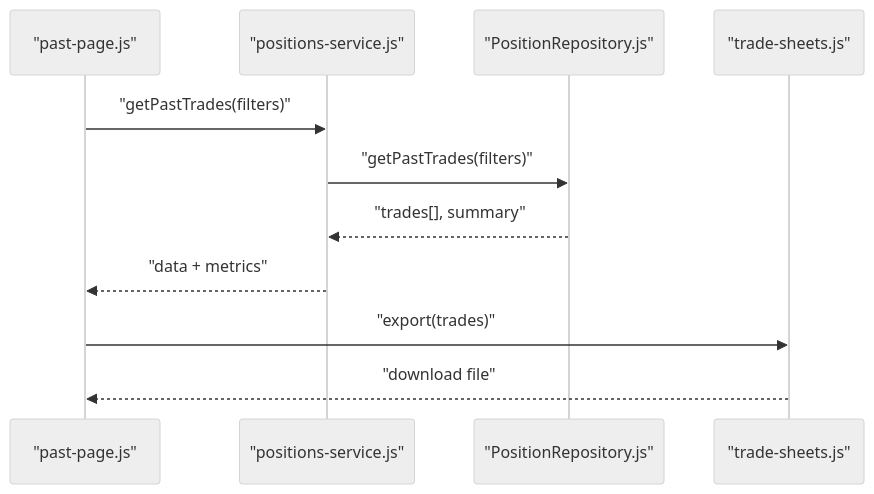
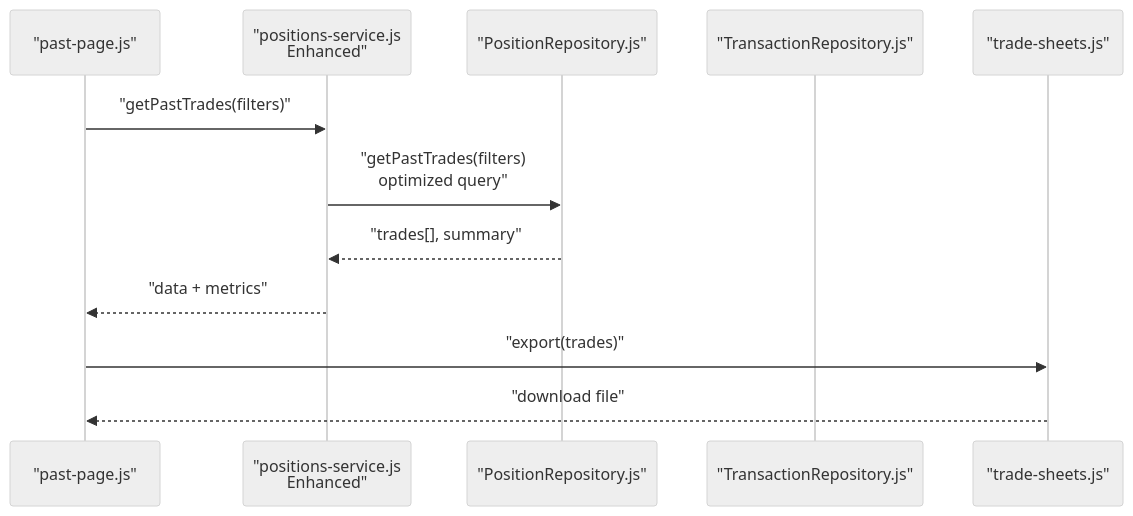
One commit to iliyas77/MTF-monitor changed the sixth of 12 diagrams in .qoder/repowiki/en/content/Core Features/Positions Tracking/Positions Tracking.md. Above: the diagram before and after it, drawn with Mermaid (neutral theme). The commit also changed other lines of this file and 46 other files, not shown here.

````diff
--- a/.qoder/repowiki/en/content/Core Features/Positions Tracking/Positions Tracking.md
+++ b/.qoder/repowiki/en/content/Core Features/Positions Tracking/Positions Tracking.md
@@ -310,13 +364,14 @@
 ```mermaid
 sequenceDiagram
 participant Page as "past-page.js"
-participant Service as "positions-service.js"
+participant Service as "positions-service.js<br/>Enhanced"
 participant Repo as "PositionRepository.js"
+participant TxRepo as "TransactionRepository.js"
 participant Sheets as "trade-sheets.js"
 Page->>Service : "getPastTrades(filters)"
-Service->>Repo : "getPastTrades(filters)"
+Service->>Repo : "getPastTrades(filters)<br/>optimized query"
 Repo-->>Service : "trades[], summary"
 Service-->>Page : "data + metrics"
 Page->>Sheets : "export(trades)"
 Sheets-->>Page : "download file"
 ```
````
